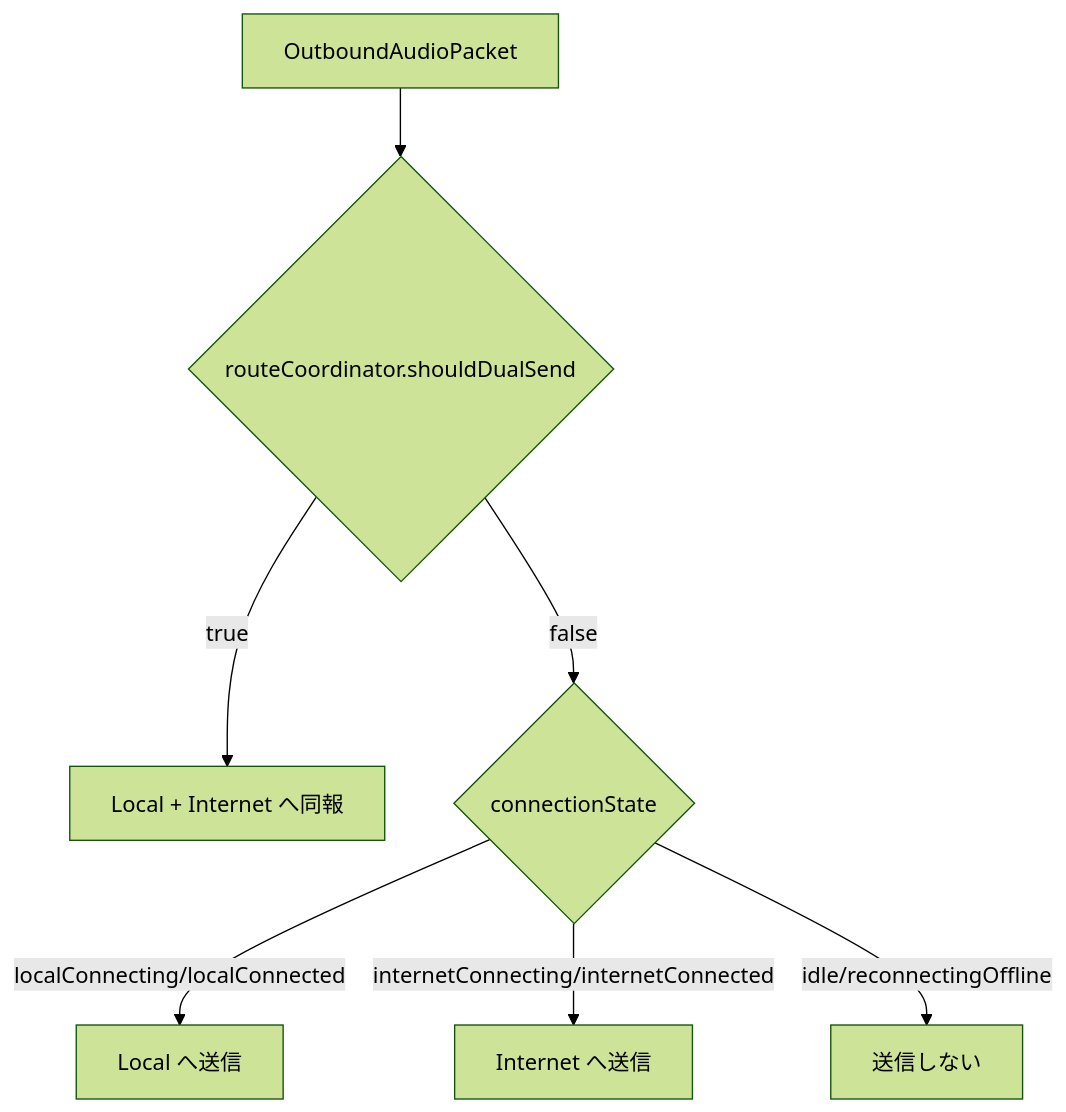
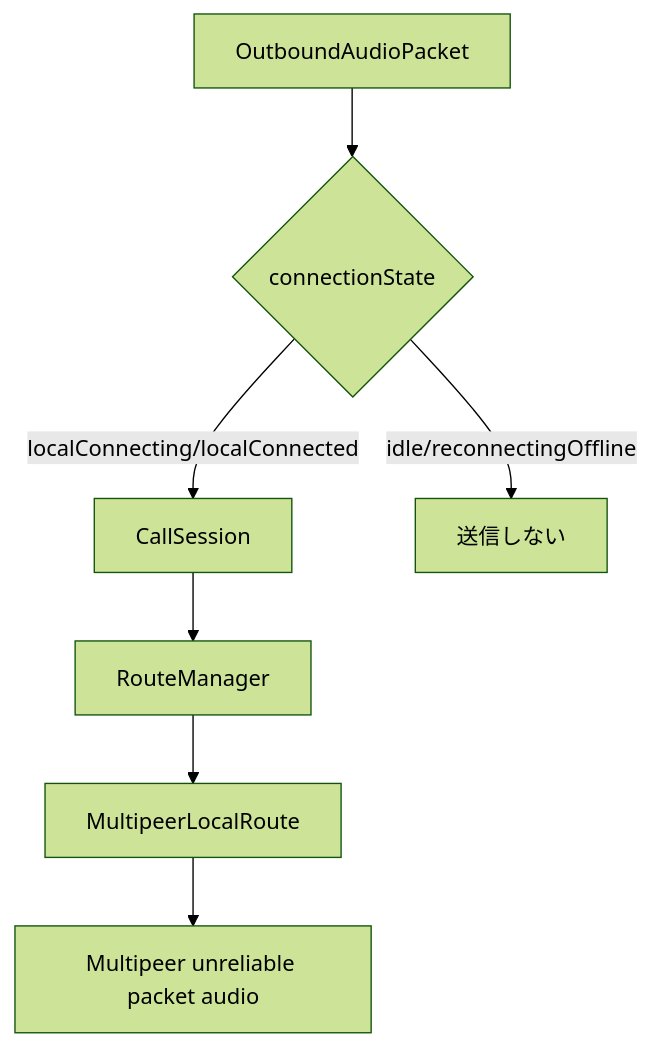
Before and after one commit to eroccowaruico/RideIntercom: the diagram in docs/spec/通信仕様.md, drawn with Mermaid (forest theme). The commit also changed other lines of this file and 4 other files, not shown here.

````diff
--- a/docs/spec/通信仕様.md
+++ b/docs/spec/通信仕様.md
@@ -85,9 +86,9 @@
 ```mermaid
 flowchart TD
-    A[OutboundAudioPacket] --> B{routeCoordinator.shouldDualSend}
-    B -- true --> C[Local + Internet へ同報]
-    B -- false --> D{connectionState}
-    D -- localConnecting/localConnected --> E[Local へ送信]
-    D -- internetConnecting/internetConnected --> F[Internet へ送信]
-    D -- idle/reconnectingOffline --> G[送信しない]
+    A[OutboundAudioPacket] --> B{connectionState}
+    B -- localConnecting/localConnected --> C[CallSession]
+    C --> D[RouteManager]
+    D --> E[MultipeerLocalRoute]
+    E --> F[Multipeer unreliable packet audio]
+    B -- idle/reconnectingOffline --> G[送信しない]
 ```
````
